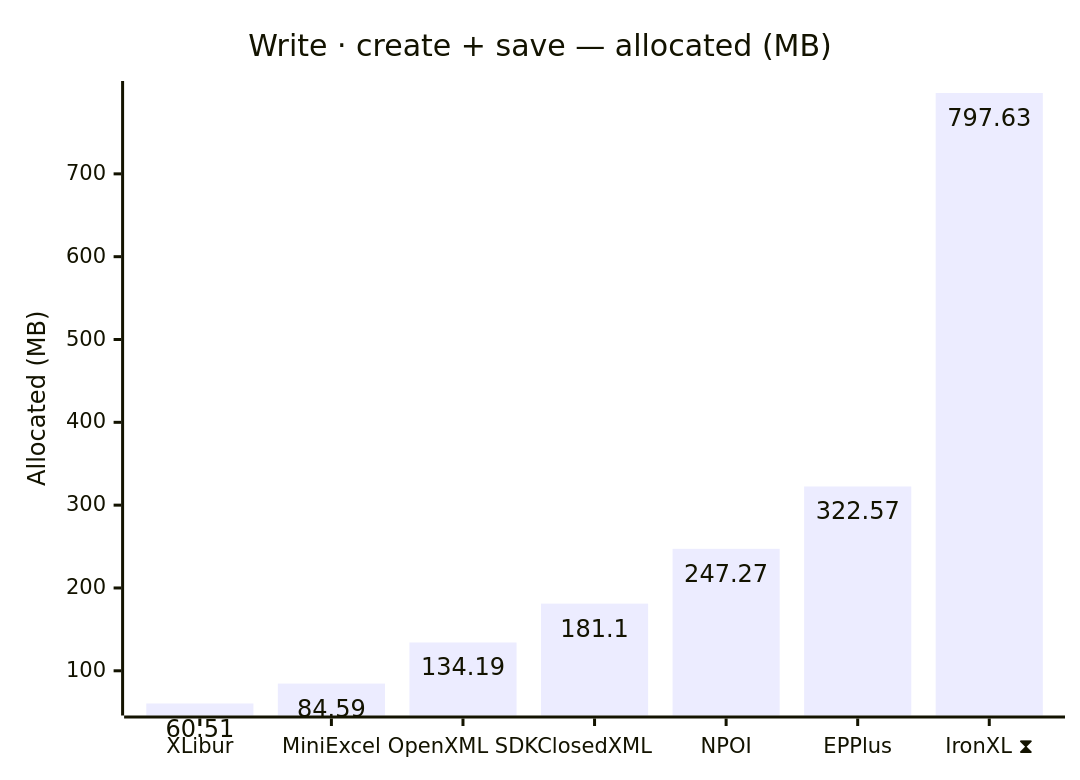
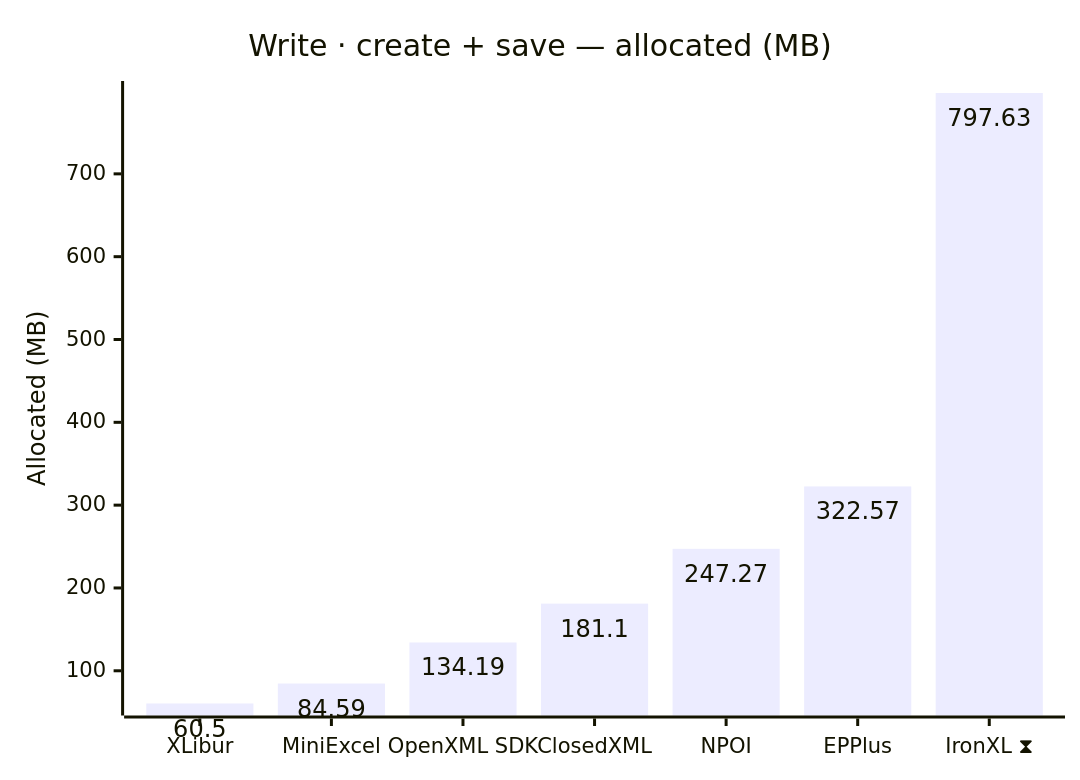
One commit to jafin/XLBench changed the sixth of 12 diagrams in docs/results-ci.md. Above: the diagram before and after it, drawn with Mermaid. The commit also changed other lines of this file, not shown here.

````diff
--- a/docs/results-ci.md
+++ b/docs/results-ci.md
@@ -106,12 +106,12 @@
 ```mermaid
 ---
 config:
   xyChart:
     showDataLabel: true
 ---
 xychart-beta
     title "Write · create + save — allocated (MB)"
     x-axis ["XLibur", "MiniExcel", "OpenXML SDK", "ClosedXML", "NPOI", "EPPlus", "IronXL ⧗"]
     y-axis "Allocated (MB)"
-    bar [60.51, 84.59, 134.19, 181.1, 247.27, 322.57, 797.63]
+    bar [60.5, 84.59, 134.19, 181.1, 247.27, 322.57, 797.63]
 ```
````
